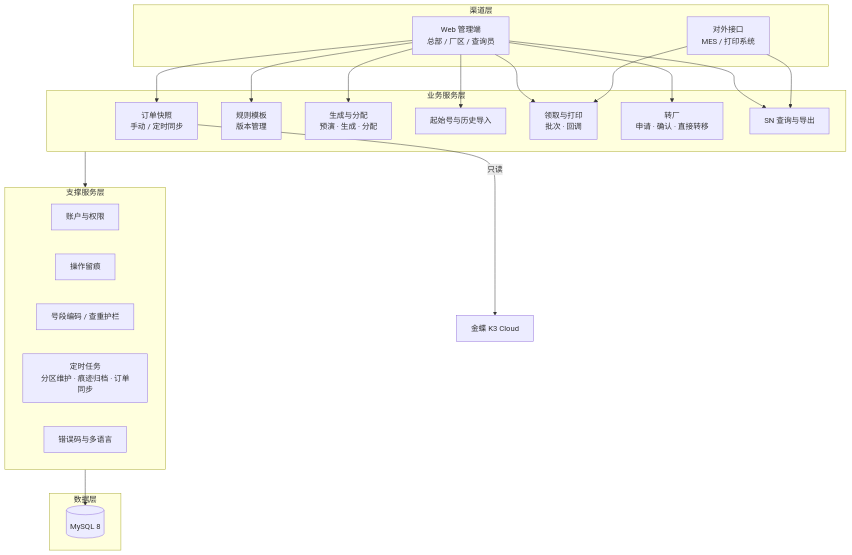
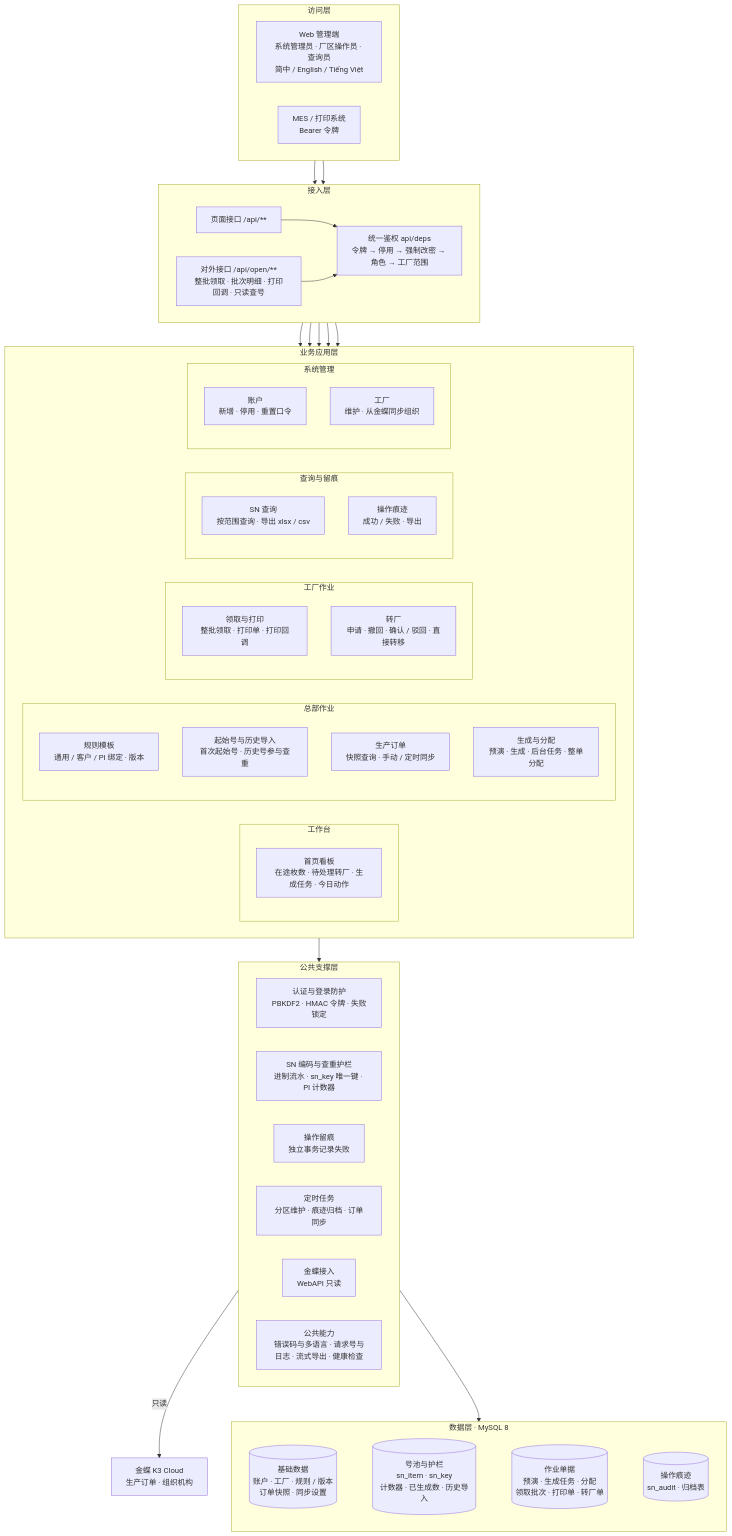
One commit to Createsnow/sn-center changed the first of 7 diagrams in docs/系统技术方案.md. Above: the diagram before and after it, drawn with Mermaid. The commit also changed other lines of this file, not shown here.

Commit message:
系统技术方案：重画功能架构图，按五层与菜单分组对齐当前代码
- 分为访问层、接入层、业务应用层、公共支撑层、数据层
- 业务应用层按页面菜单分组：工作台、总部作业、工厂作业、查询与留痕、系统管理
- 补上首页看板、操作痕迹、账户、工厂、统一鉴权、金蝶接入等遗漏模块
- 模块表增加分组与使用角色，新增公共支撑能力说明表

Claude-Session: https://claude.ai/code/session_01PHKxNyLspTKb5NDSRLi8S3

````diff
--- a/docs/系统技术方案.md
+++ b/docs/系统技术方案.md
@@ -82,31 +84,68 @@
 ```mermaid
 flowchart TB
-    subgraph 渠道层
-        W[Web 管理端<br/>总部 / 厂区 / 查询员]
-        O[对外接口<br/>MES / 打印系统]
+    subgraph L1[访问层]
+        direction LR
+        U1[Web 管理端<br/>系统管理员 · 厂区操作员 · 查询员<br/>简中 / English / Tiếng Việt]
+        U2[MES / 打印系统<br/>Bearer 令牌]
     end
-    subgraph 业务服务层
-        B1[订单快照<br/>手动 / 定时同步]
-        B2[规则模板<br/>版本管理]
-        B3[生成与分配<br/>预演 · 生成 · 分配]
-        B4[起始号与历史导入]
-        B5[领取与打印<br/>批次 · 回调]
-        B6[转厂<br/>申请 · 确认 · 直接转移]
-        B7[SN 查询与导出]
+
+    subgraph L2[接入层]
+        direction LR
+        A1[页面接口 /api/**]
+        A2[对外接口 /api/open/**<br/>整批领取 · 批次明细 · 打印回调 · 只读查号]
+        A3[统一鉴权 api/deps<br/>令牌 → 停用 → 强制改密 → 角色 → 工厂范围]
     end
-    subgraph 支撑服务层
-        S1[账户与权限]
-        S2[操作留痕]
-        S3[号段编码 / 查重护栏]
+
+    subgraph L3[业务应用层]
+        direction LR
+        subgraph G0[工作台]
+            F01[首页看板<br/>在途枚数 · 待处理转厂 · 生成任务 · 今日动作]
+        end
+        subgraph G1[总部作业]
+            F12[规则模板<br/>通用 / 客户 / PI 绑定 · 版本]
+            F13[起始号与历史导入<br/>首次起始号 · 历史号参与查重]
+            F11[生产订单<br/>快照查询 · 手动 / 定时同步]
+            F14[生成与分配<br/>预演 · 生成 · 后台任务 · 整单分配]
+        end
+        subgraph G2[工厂作业]
+            F21[领取与打印<br/>整批领取 · 打印单 · 打印回调]
+            F22[转厂<br/>申请 · 撤回 · 确认 / 驳回 · 直接转移]
+        end
+        subgraph G3[查询与留痕]
+            F31[SN 查询<br/>按范围查询 · 导出 xlsx / csv]
+            F32[操作痕迹<br/>成功 / 失败 · 导出]
+        end
+        subgraph G4[系统管理]
+            F41[账户<br/>新增 · 停用 · 重置口令]
+            F42[工厂<br/>维护 · 从金蝶同步组织]
+        end
+    end
+
+    subgraph L4[公共支撑层]
+        direction LR
+        S1[认证与登录防护<br/>PBKDF2 · HMAC 令牌 · 失败锁定]
+        S2[SN 编码与查重护栏<br/>进制流水 · sn_key 唯一键 · PI 计数器]
+        S3[操作留痕<br/>独立事务记录失败]
         S4[定时任务<br/>分区维护 · 痕迹归档 · 订单同步]
-        S5[错误码与多语言]
+        S5[金蝶接入<br/>WebAPI 只读]
+        S6[公共能力<br/>错误码与多语言 · 请求号与日志 · 流式导出 · 健康检查]
     end
-    subgraph 数据层
-        D1[(MySQL 8)]
+
+    subgraph L5[数据层 · MySQL 8]
+        direction LR
+        D1[(基础数据<br/>账户 · 工厂 · 规则 / 版本<br/>订单快照 · 同步设置)]
+        D2[(号池与护栏<br/>sn_item · sn_key<br/>计数器 · 已生成数 · 历史导入)]
+        D3[(作业单据<br/>预演 · 生成任务 · 分配<br/>领取批次 · 打印单 · 转厂单)]
+        D4[(操作痕迹<br/>sn_audit · 归档表)]
     end
-    K3[金蝶 K3 Cloud]
-    W --> B1 & B2 & B3 & B4 & B5 & B6 & B7
-    O --> B5 & B7
-    B1 -- 只读 --> K3
-    业务服务层 --> 支撑服务层 --> D1
+
+    K3[金蝶 K3 Cloud<br/>生产订单 · 组织机构]
+
+    U1 --> A1
+    U2 --> A2
+    A1 & A2 --> A3
+    A3 --> G0 & G1 & G2 & G3 & G4
+    L3 --> L4 --> L5
+    S5 -- 只读 --> K3
+    D1 ~~~ D2 ~~~ D3 ~~~ D4
 ```
````
